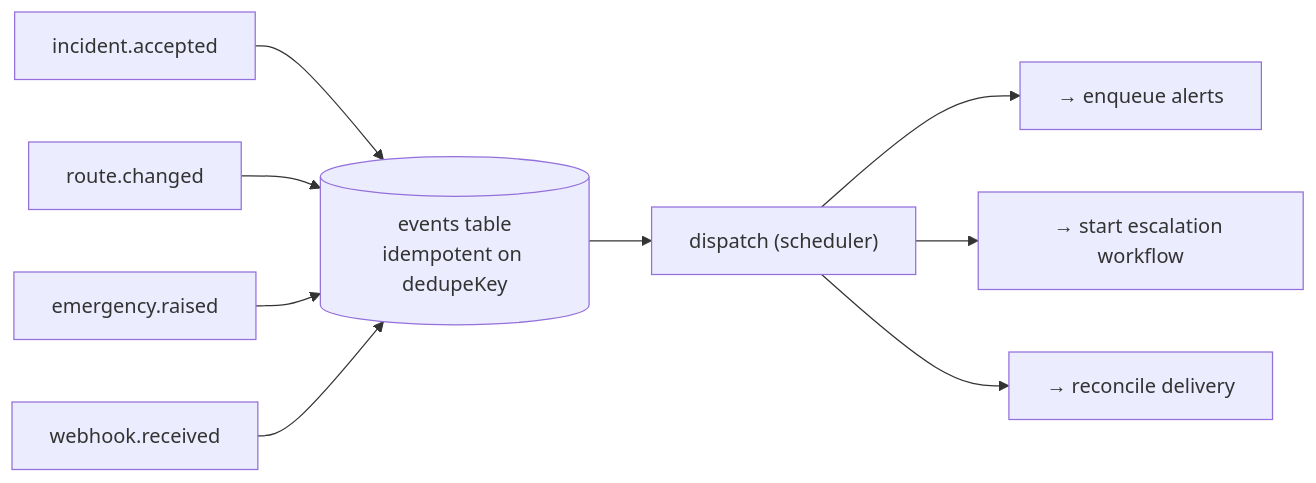
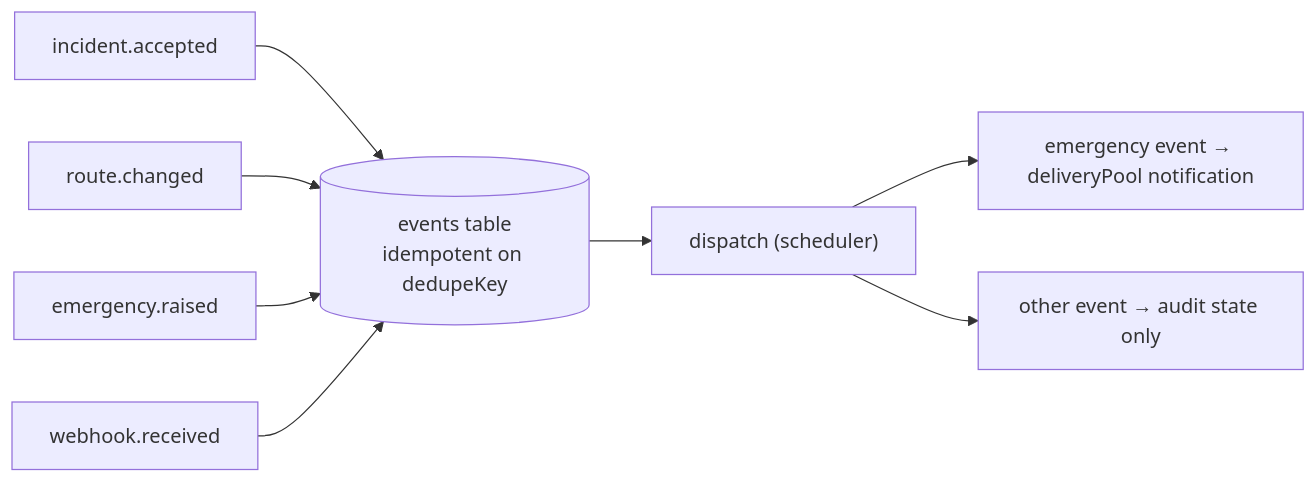
One commit to treasure567/stepfree changed the third of 6 diagrams in docs/architecture.md. Above: the diagram before and after it, drawn with Mermaid. The commit also changed other lines of this file and 9 other files, not shown here.

````diff
--- a/docs/architecture.md
+++ b/docs/architecture.md
@@ -69,11 +71,10 @@
 ```mermaid
 flowchart LR
     P1["incident.accepted"] --> BUS[("events table\nidempotent on dedupeKey")]
     P2["route.changed"] --> BUS
     P3["emergency.raised"] --> BUS
     P4["webhook.received"] --> BUS
     BUS --> D["dispatch (scheduler)"]
-    D --> H1["→ enqueue alerts"]
-    D --> H2["→ start escalation workflow"]
-    D --> H3["→ reconcile delivery"]
+    D --> H1["emergency event → deliveryPool notification"]
+    D --> H2["other event → audit state only"]
 ```
````
